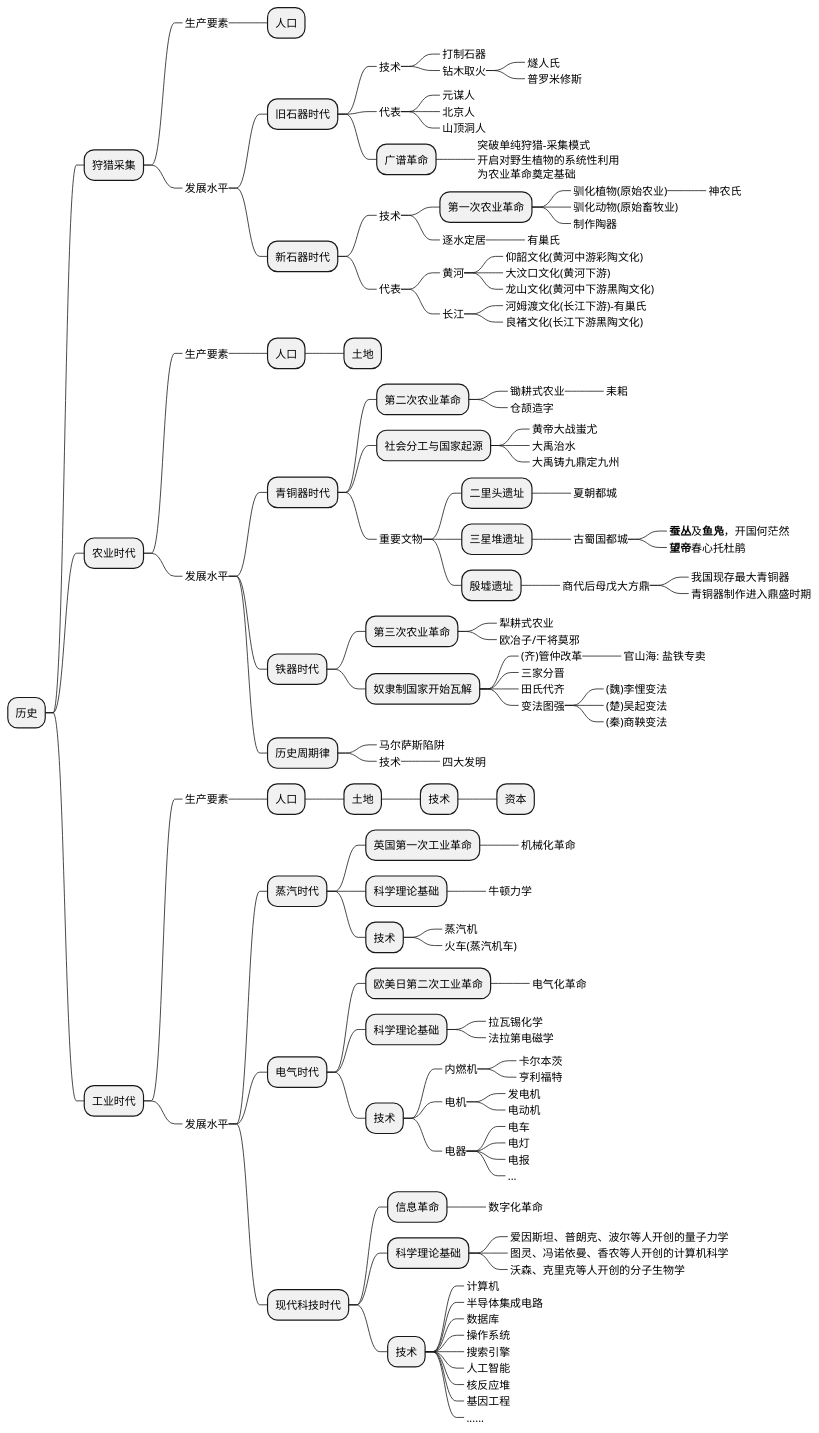
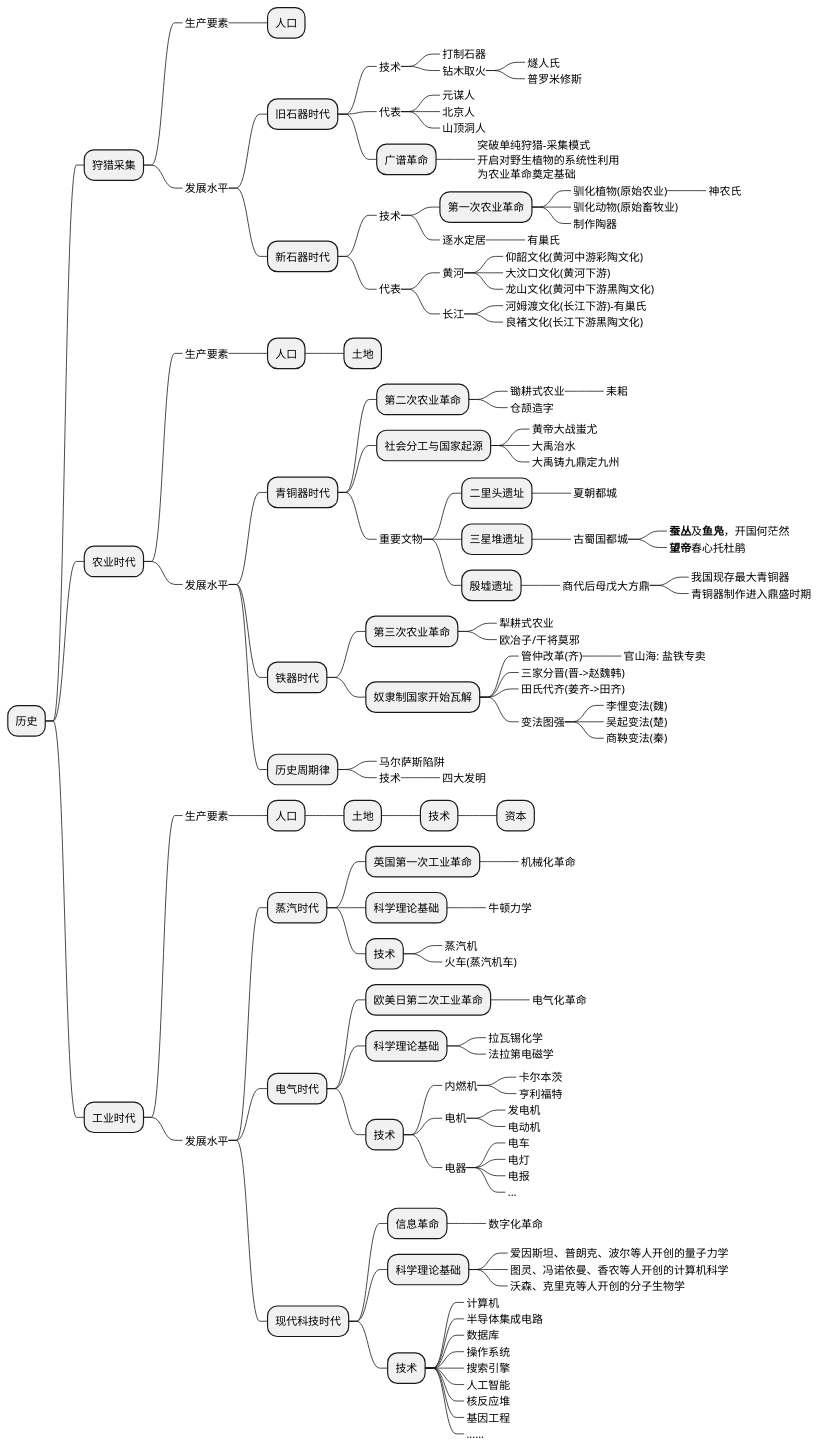
One commit to holmofy/blog.hufeifei.cn changed the first of 2 diagrams in source/_posts/economic/economic_and_history.md. Above: the diagram before and after it, drawn with PlantUML.

```diff
--- a/source/_posts/economic/economic_and_history.md
+++ b/source/_posts/economic/economic_and_history.md
@@ -79,14 +79,14 @@
 ++++++_ 犁耕式农业
 ++++++_ 欧冶子/干将莫邪
 +++++ 奴隶制国家开始瓦解
-++++++_ (齐)管仲改革
+++++++_ 管仲改革(齐)
 +++++++_ 官山海: 盐铁专卖
-++++++_ 三家分晋
-++++++_ 田氏代齐
+++++++_ 三家分晋(晋->赵魏韩)
+++++++_ 田氏代齐(姜齐->田齐)
 ++++++_ 变法图强
-+++++++_ (魏)李悝变法
-+++++++_ (楚)吴起变法
-+++++++_ (秦)商鞅变法
++++++++_ 李悝变法(魏)
++++++++_ 吴起变法(楚)
++++++++_ 商鞅变法(秦)
 ++++ 历史周期律
 +++++_ 马尔萨斯陷阱
 +++++_ 技术
```
